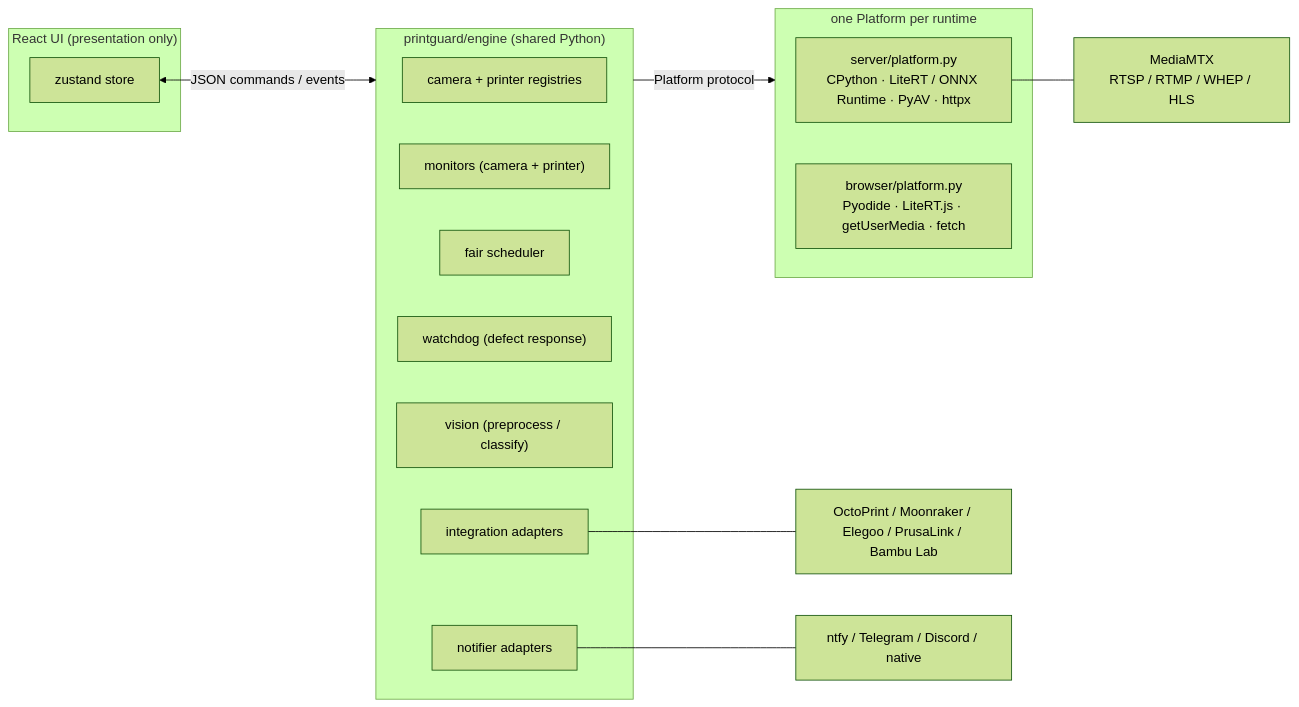
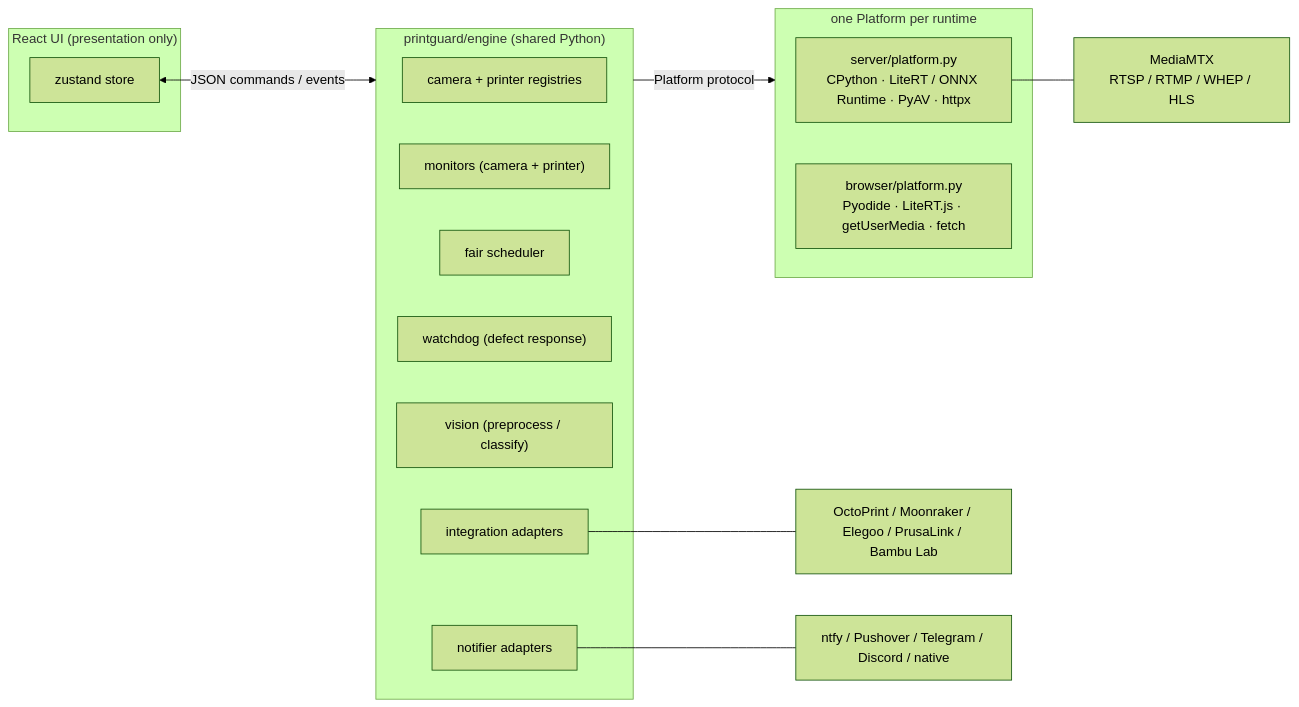
The first of 5 diagrams in docs/architecture.md (oliverbravery/PrintGuard), drawn with Mermaid (forest theme) before and after one commit. The commit also changed other lines of this file and 10 other files, not shown here.

````diff
--- a/docs/architecture.md
+++ b/docs/architecture.md
@@ -30,29 +30,29 @@
 ```mermaid
 flowchart LR
     subgraph UI["React UI (presentation only)"]
         store["zustand store"]
     end
 
     store <-- "JSON commands / events" --> engine
 
     subgraph engine["printguard/engine (shared Python)"]
         registry["camera + printer registries"]
         monitors["monitors (camera + printer)"]
         scheduler["fair scheduler"]
         watchdog["watchdog (defect response)"]
         vision["vision (preprocess / classify)"]
         integrations["integration adapters"]
         notifiers["notifier adapters"]
     end
 
     engine -- "Platform protocol" --> platform
 
     subgraph platform["one Platform per runtime"]
         server["server/platform.py<br/>CPython · LiteRT / ONNX Runtime · PyAV · httpx"]
         browser["browser/platform.py<br/>Pyodide · LiteRT.js · getUserMedia · fetch"]
     end
 
     server --- mediamtx["MediaMTX<br/>RTSP / RTMP / WHEP / HLS"]
     integrations --- printersvc["OctoPrint / Moonraker / Elegoo / PrusaLink / Bambu Lab"]
-    notifiers --- push["ntfy / Telegram / Discord / native"]
+    notifiers --- push["ntfy / Pushover / Telegram / Discord / native"]
 ```
````
